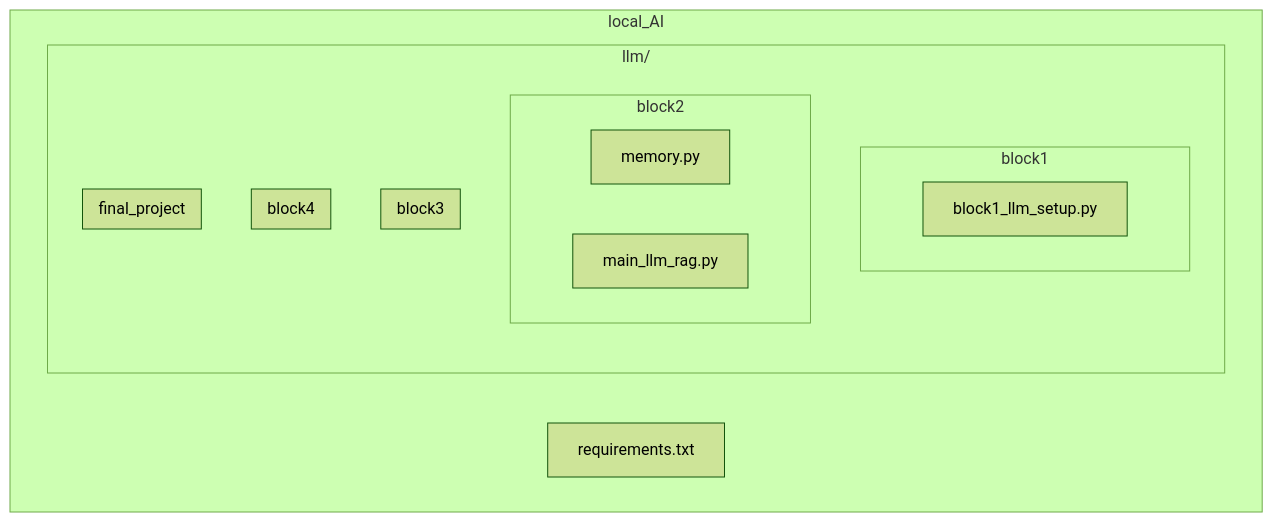
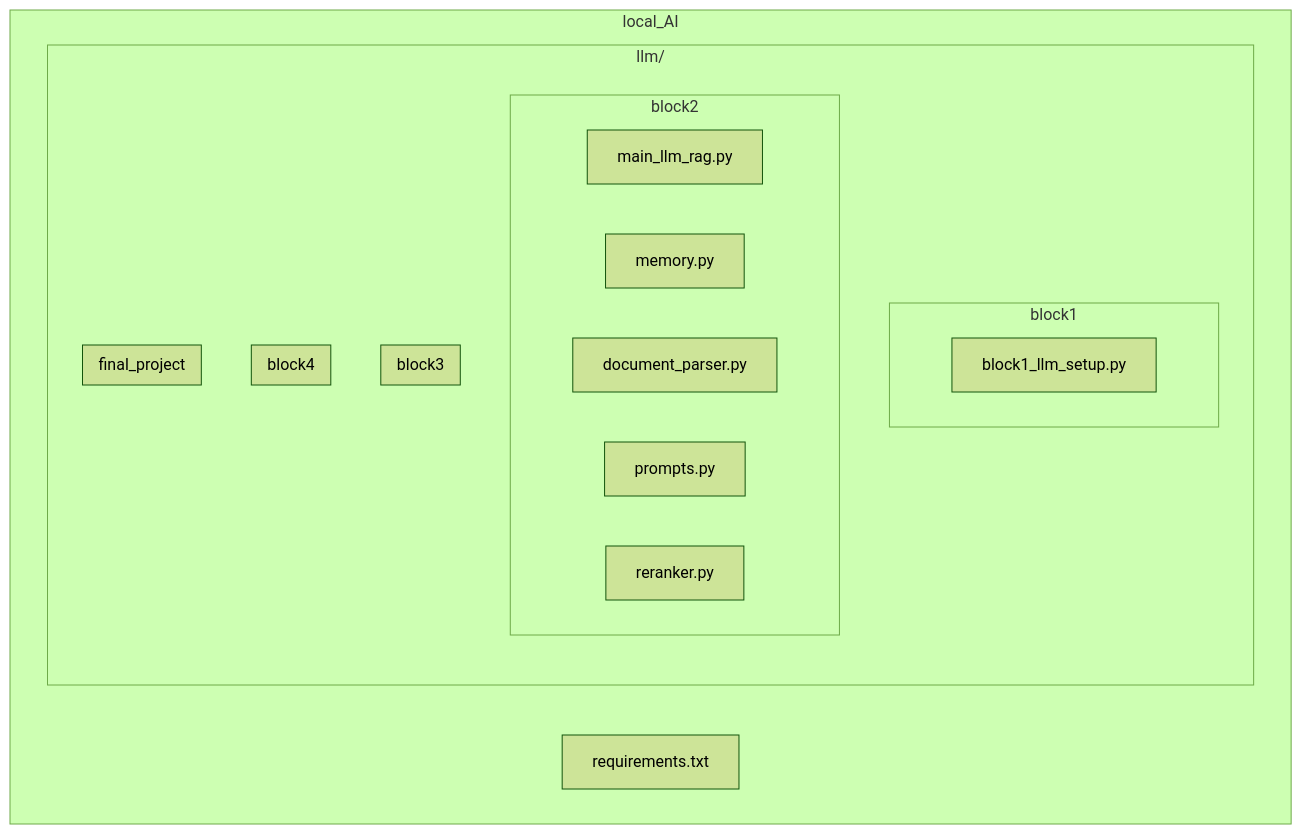
Before and after one commit to d1seternal/local_AI: the diagram in README.md, drawn with Mermaid (forest theme). The commit also changed other lines of this file, not shown here.

````diff
--- a/README.md
+++ b/README.md
@@ -11,29 +26,32 @@
 ```mermaid
 graph TD
     subgraph "local_AI"
         A[requirements.txt]
         
         subgraph LLM[llm/]
             subgraph B1[block1]
                 B1F[block1_llm_setup.py]
             end
             
             subgraph B2[block2]
-                B2F1[memory.py]
-                B2F2[main_llm_rag.py]
+                B2F1[main_llm_rag.py]
+                B2F2[memory.py]
+                B2F3[document_parser.py]
+                B2F4[prompts.py]
+                B2F5[reranker.py]
             end
             
             subgraph B3[block3]
                 
             end
             
             subgraph B4[block4]
                 
             end
             
             subgraph FP[final_project]
                 
             end
         end
     end
 ```
````
